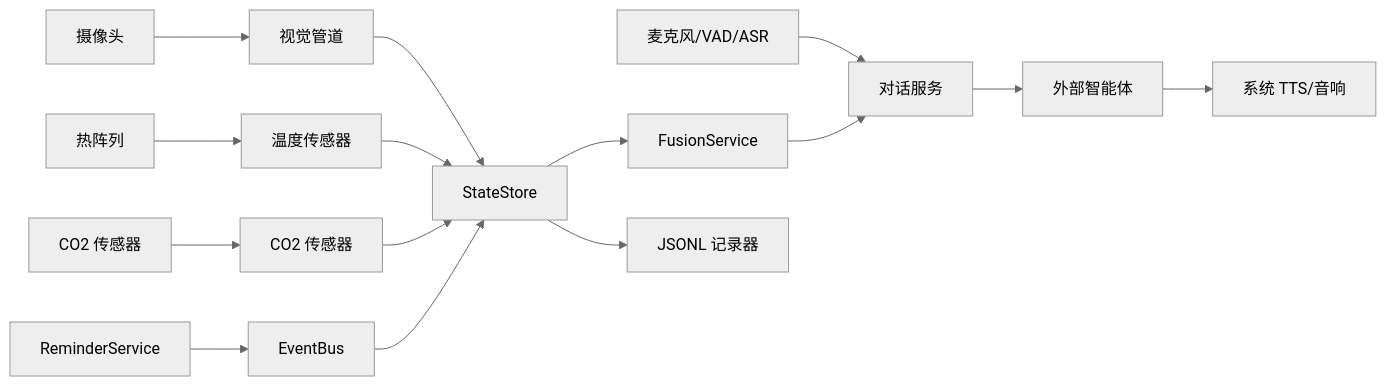
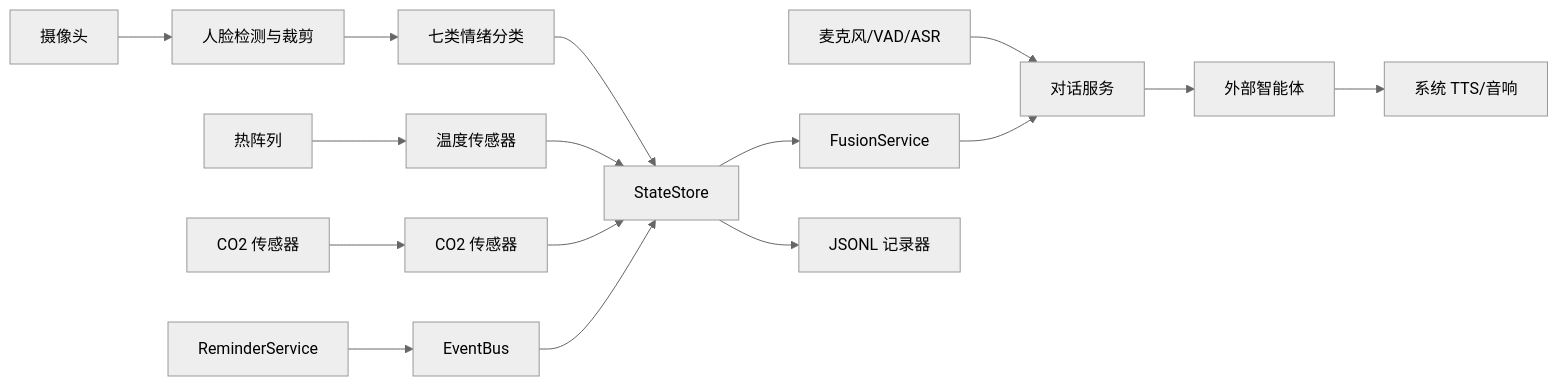
The diagram in docs/architecture.md (Noah-Deng-cc/chicken-beautiful), drawn with Mermaid (neutral theme) before and after one commit. The commit also changed other lines of this file and 4 other files, not shown here.

````diff
--- a/docs/architecture.md
+++ b/docs/architecture.md
@@ -7,17 +7,18 @@
 ```mermaid
 flowchart LR
-  Camera[摄像头] --> Vision[视觉管道]
+  Camera[摄像头] --> Face[人脸检测与裁剪]
+  Face --> Vision[七类情绪分类]
   Thermal[热阵列] --> Temp[温度传感器]
   CO2[CO2 传感器] --> Gas[CO2 传感器]
   Mic[麦克风/VAD/ASR] --> Dialogue[对话服务]
   Vision --> State[StateStore]
   Temp --> State
   Gas --> State
   State --> Fusion[FusionService]
   Reminder[ReminderService] --> Bus[EventBus]
   Bus --> State
   Fusion --> Dialogue
   Dialogue --> Agent[外部智能体]
   Agent --> Speaker[系统 TTS/音响]
   State --> Recorder[JSONL 记录器]
 ```
````
